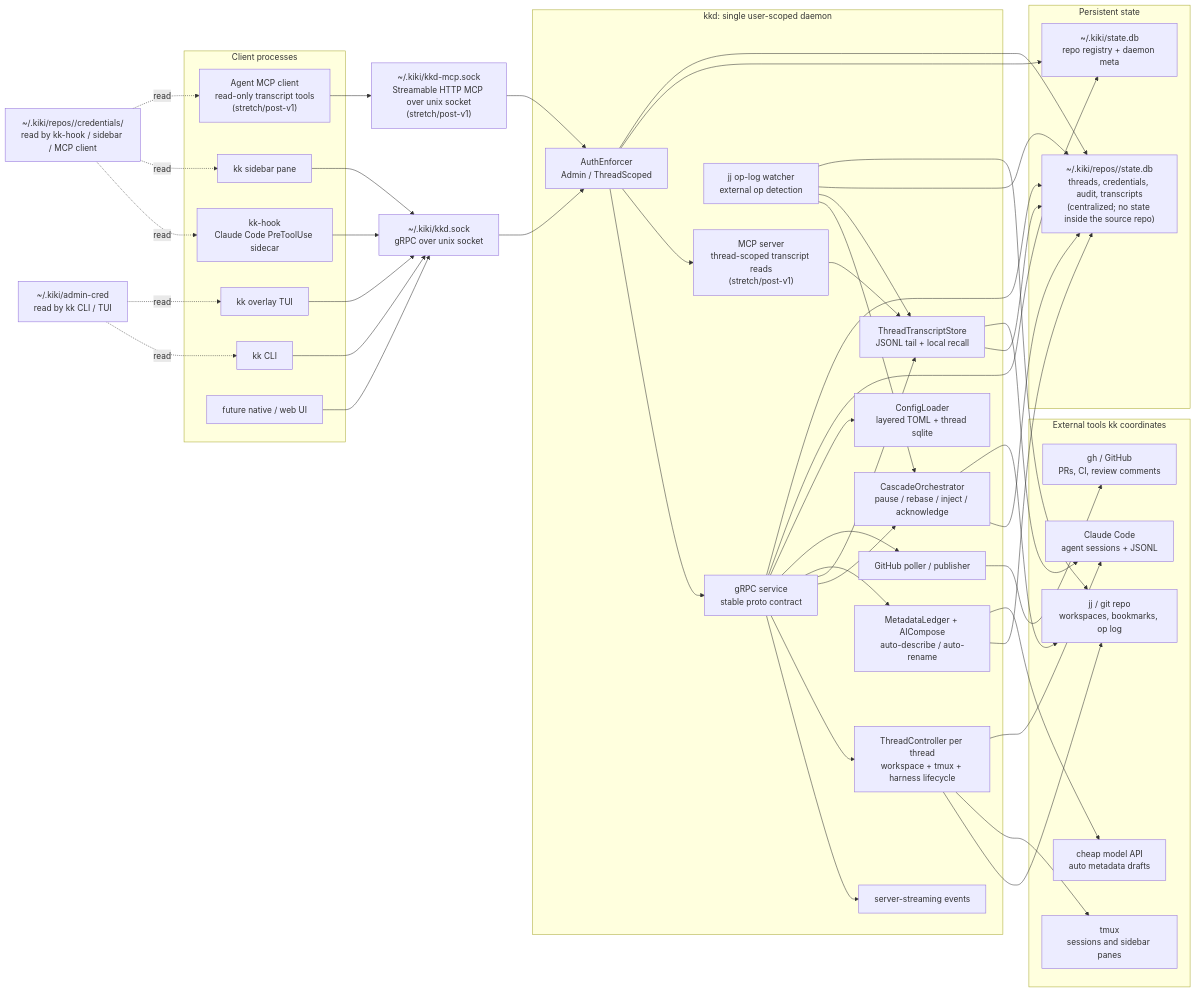
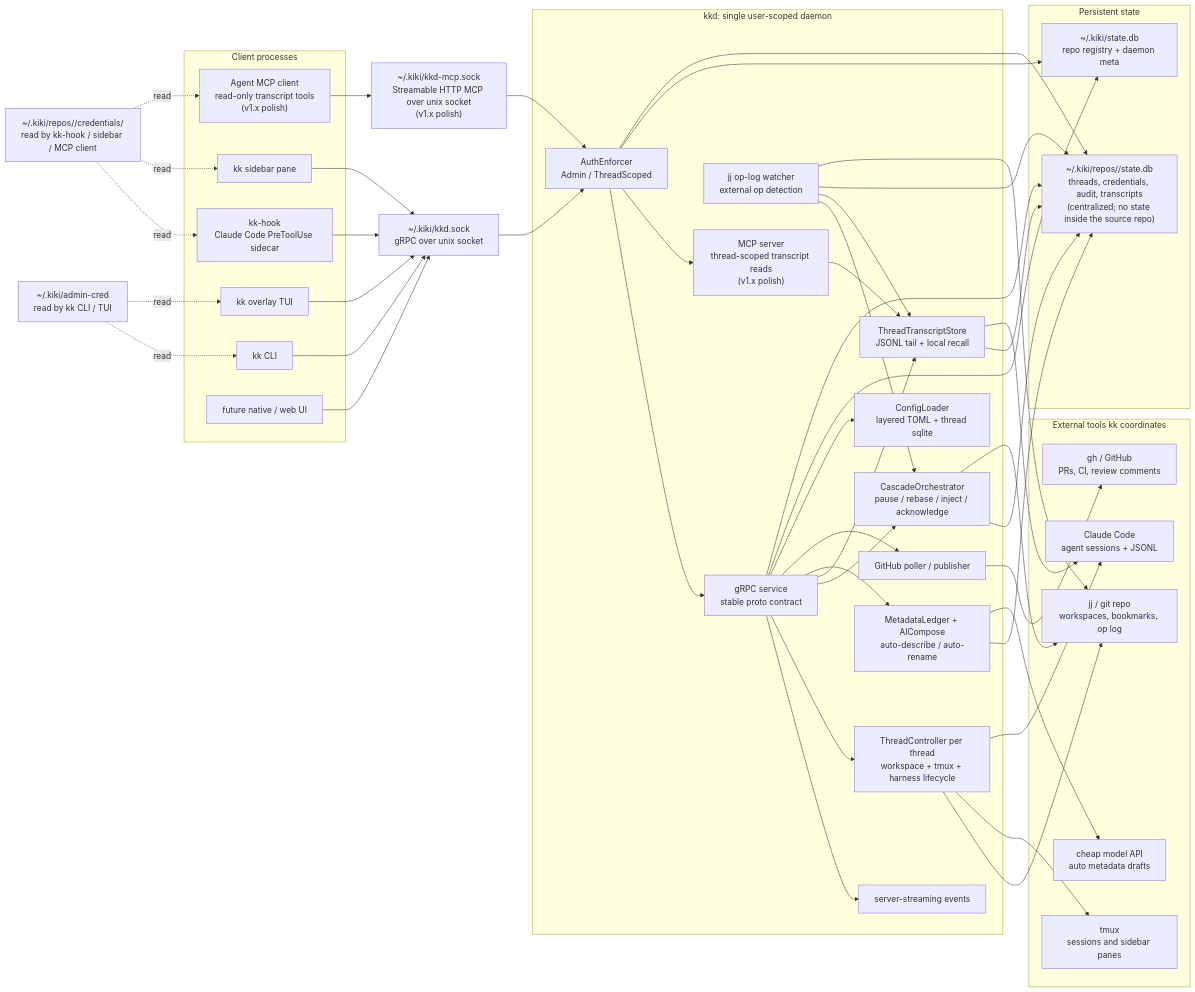
One commit to skeswa/kiki changed the diagram in docs/reference/book/15-architecture/README.md. Above: the diagram before and after it, drawn with Mermaid. The commit also changed 11 other files, not shown here.

```diff
--- a/docs/reference/book/15-architecture/README.md
+++ b/docs/reference/book/15-architecture/README.md
@@ -22,12 +22,12 @@
         TUI["kk overlay TUI"]
         Sidebar["kk sidebar pane"]
         Hook["kk-hook\nClaude Code PreToolUse sidecar"]
-        AgentMcp["Agent MCP client\nread-only transcript tools\n(stretch/post-v1)"]
+        AgentMcp["Agent MCP client\nread-only transcript tools\n(v1.x polish)"]
         FutureUI["future native / web UI"]
     end
 
     GrpcSock["~/.kiki/kkd.sock\ngRPC over unix socket"]
-    McpSock["~/.kiki/kkd-mcp.sock\nStreamable HTTP MCP over unix socket\n(stretch/post-v1)"]
+    McpSock["~/.kiki/kkd-mcp.sock\nStreamable HTTP MCP over unix socket\n(v1.x polish)"]
     AdminCred["~/.kiki/admin-cred\nread by kk CLI / TUI"]
     HookCred["~/.kiki/repos/<repo_id>/credentials/<thread_id>\nread by kk-hook / sidebar / MCP client"]
 
@@ -46,7 +46,7 @@
     subgraph Daemon["kkd: single user-scoped daemon"]
         Auth["AuthEnforcer\nAdmin / ThreadScoped"]
         Api["gRPC service\nstable proto contract"]
-        McpApi["MCP server\nthread-scoped transcript reads\n(stretch/post-v1)"]
+        McpApi["MCP server\nthread-scoped transcript reads\n(v1.x polish)"]
         Events["server-streaming events"]
         ThreadCtl["ThreadController per thread\nworkspace + tmux + harness lifecycle"]
         Cascade["CascadeOrchestrator\npause / rebase / inject / acknowledge"]
```
